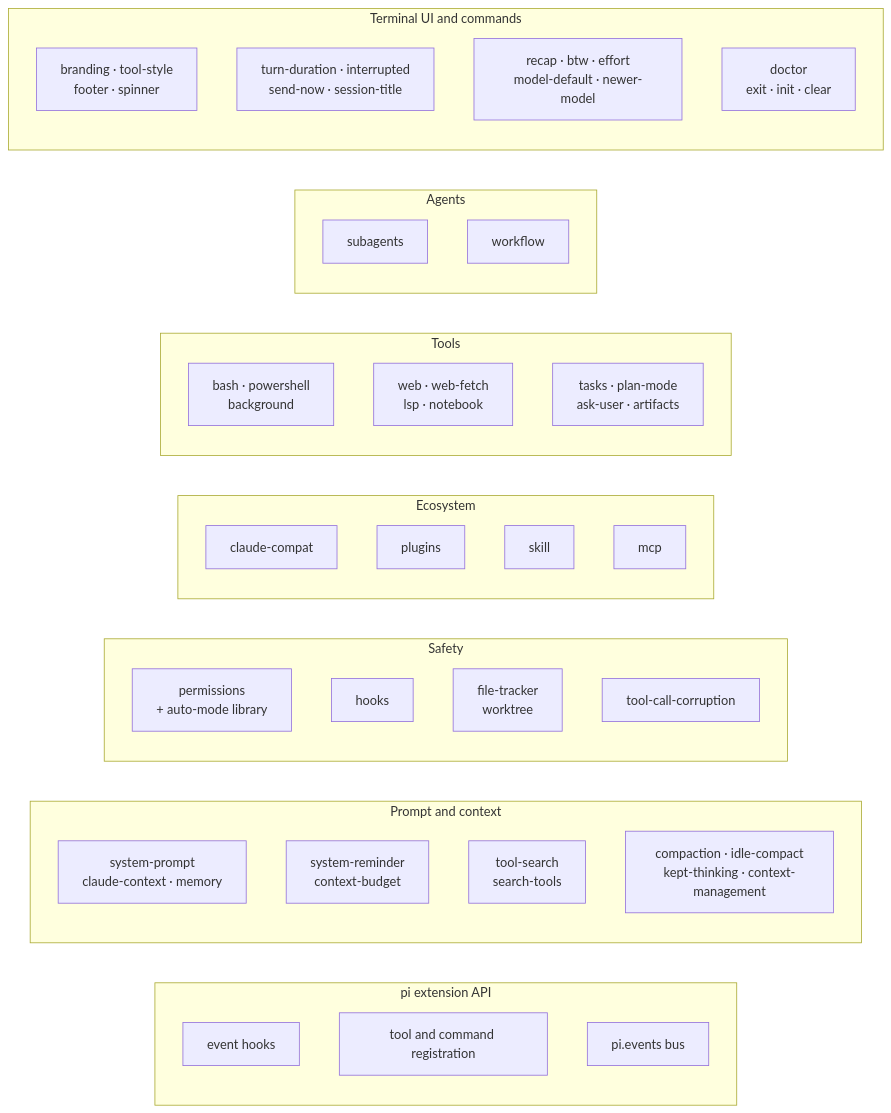
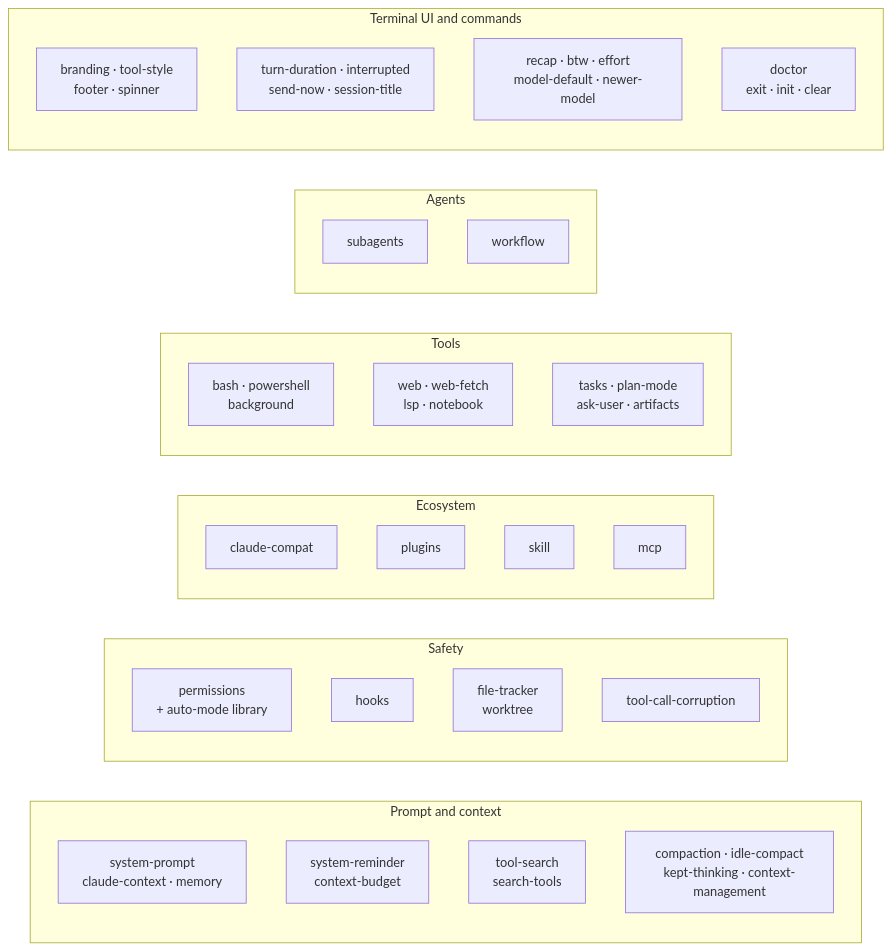
The second of 7 diagrams in docs/dev/architecture.md (IsuruMaduranga/one-code), drawn with Mermaid before and after one commit. The commit also changed other lines of this file and 3 other files, not shown here.

````diff
--- a/docs/dev/architecture.md
+++ b/docs/dev/architecture.md
@@ -82,47 +82,41 @@
 ```mermaid
 flowchart LR
-    subgraph api["pi extension API"]
-        a1["event hooks"]
-        a2["tool and command registration"]
-        a3["pi.events bus"]
-    end
-
     subgraph ctx["Prompt and context"]
         c1["system-prompt<br/>claude-context · memory"]
         c2["system-reminder<br/>context-budget"]
         c3["tool-search<br/>search-tools"]
         c4["compaction · idle-compact<br/>kept-thinking · context-management"]
     end
 
     subgraph safety["Safety"]
         s1["permissions<br/>+ auto-mode library"]
         s2["hooks"]
         s3["file-tracker<br/>worktree"]
         s4["tool-call-corruption"]
     end
 
     subgraph eco["Ecosystem"]
         e1["claude-compat"]
         e2["plugins"]
         e3["skill"]
         e4["mcp"]
     end
 
     subgraph tools["Tools"]
         t1["bash · powershell<br/>background"]
         t2["web · web-fetch<br/>lsp · notebook"]
         t3["tasks · plan-mode<br/>ask-user · artifacts"]
     end
 
     subgraph agents["Agents"]
         g1["subagents"]
         g2["workflow"]
     end
 
     subgraph ui["Terminal UI and commands"]
         u1["branding · tool-style<br/>footer · spinner"]
         u2["turn-duration · interrupted<br/>send-now · session-title"]
         u3["recap · btw · effort<br/>model-default · newer-model"]
         u4["doctor<br/>exit · init · clear"]
     end
 ```
````
